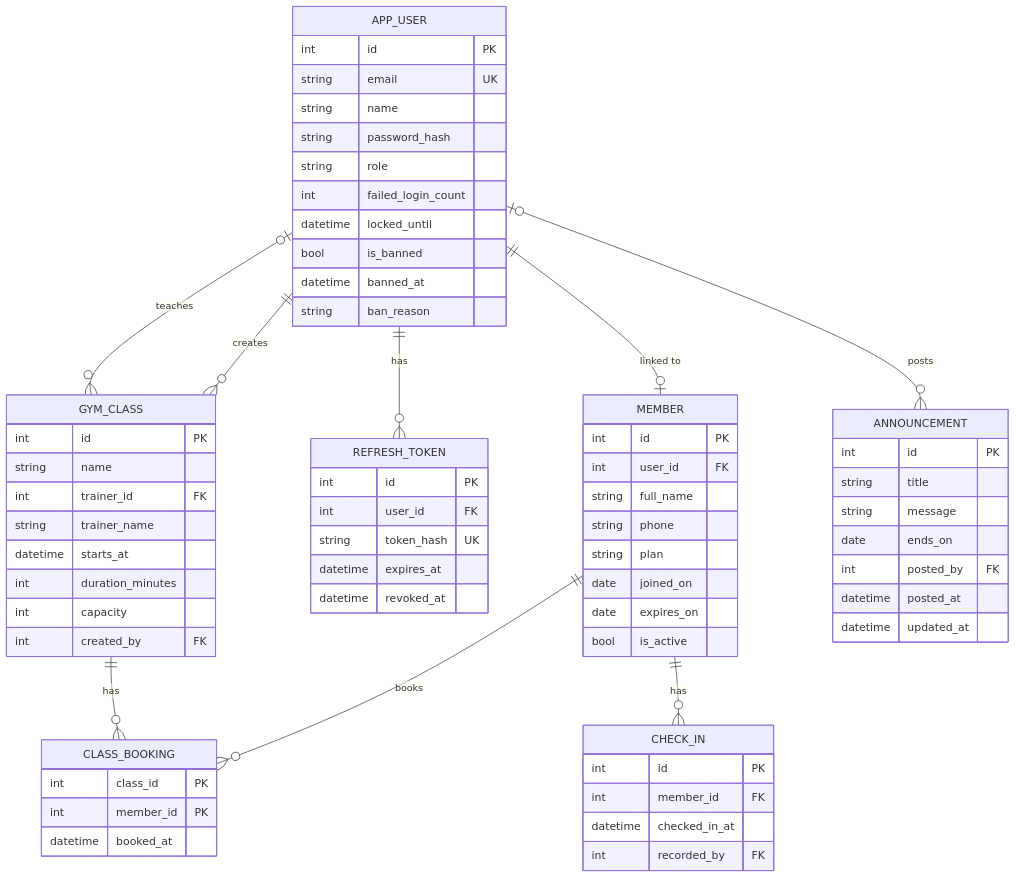
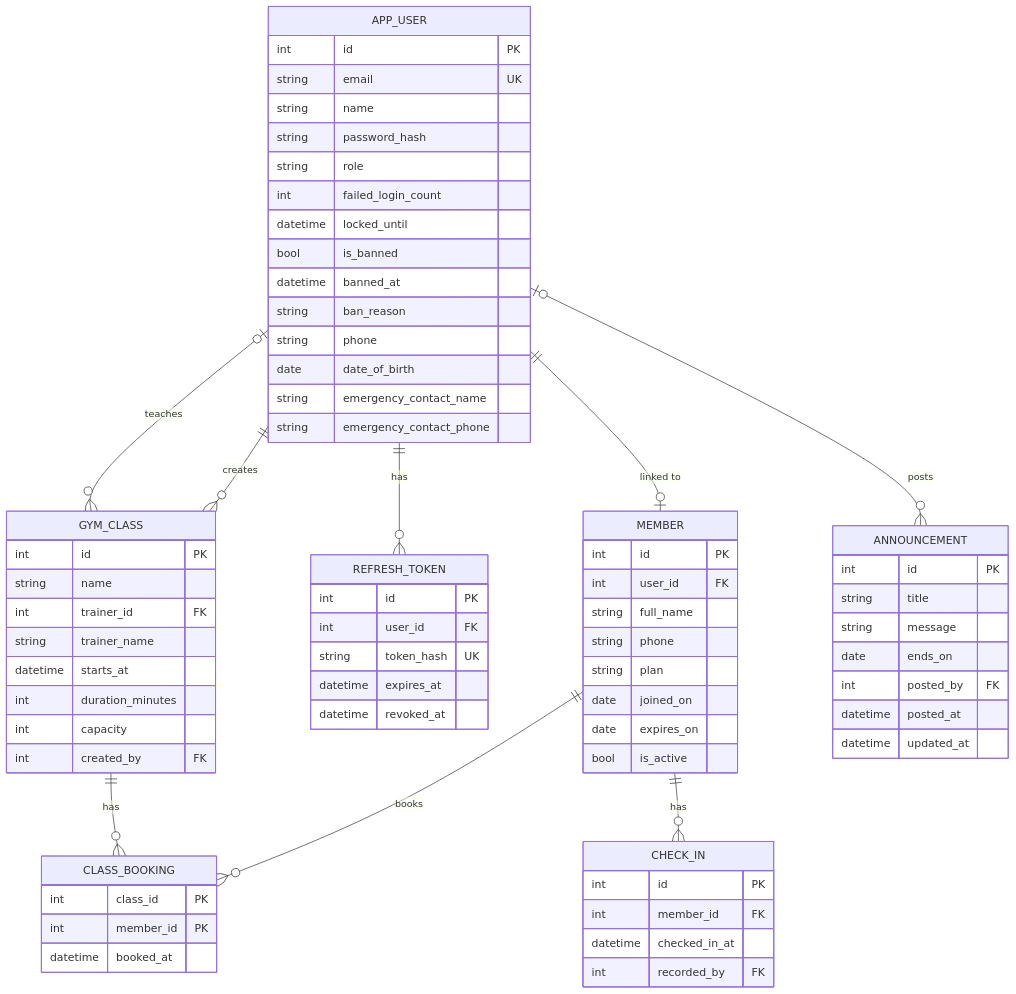
Before and after one commit to TanvirMahmudTushar/gym-buddy: the sixth of 7 diagrams in docs/03-tdd.md, drawn with Mermaid. The commit also changed other lines of this file and 19 other files, not shown here.

````diff
--- a/docs/03-tdd.md
+++ b/docs/03-tdd.md
@@ -330,70 +337,74 @@
 ```mermaid
 erDiagram
     APP_USER ||--o| MEMBER : "linked to"
     APP_USER ||--o{ REFRESH_TOKEN : has
     APP_USER ||--o{ GYM_CLASS : creates
     APP_USER |o--o{ GYM_CLASS : teaches
     APP_USER |o--o{ ANNOUNCEMENT : posts
     MEMBER ||--o{ CLASS_BOOKING : books
     GYM_CLASS ||--o{ CLASS_BOOKING : has
     MEMBER ||--o{ CHECK_IN : has
     APP_USER {
         int id PK
         string email UK
         string name
         string password_hash
         string role
         int failed_login_count
         datetime locked_until
         bool is_banned
         datetime banned_at
         string ban_reason
+        string phone
+        date date_of_birth
+        string emergency_contact_name
+        string emergency_contact_phone
     }
     REFRESH_TOKEN {
         int id PK
         int user_id FK
         string token_hash UK
         datetime expires_at
         datetime revoked_at
     }
     MEMBER {
         int id PK
         int user_id FK
         string full_name
         string phone
         string plan
         date joined_on
         date expires_on
         bool is_active
     }
     GYM_CLASS {
         int id PK
         string name
         int trainer_id FK
         string trainer_name
         datetime starts_at
         int duration_minutes
         int capacity
         int created_by FK
     }
     CLASS_BOOKING {
         int class_id PK
         int member_id PK
         datetime booked_at
     }
     CHECK_IN {
         int id PK
         int member_id FK
         datetime checked_in_at
         int recorded_by FK
     }
     ANNOUNCEMENT {
         int id PK
         string title
         string message
         date ends_on
         int posted_by FK
         datetime posted_at
         datetime updated_at
     }
 ```
````
